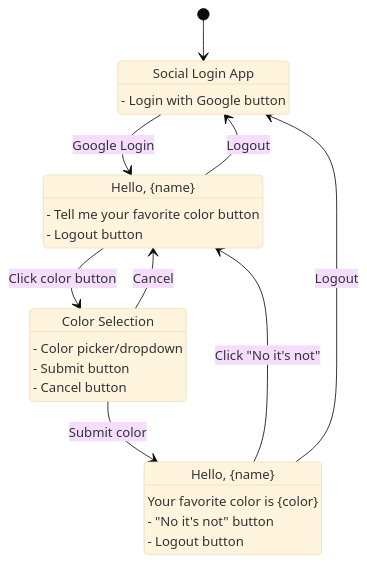
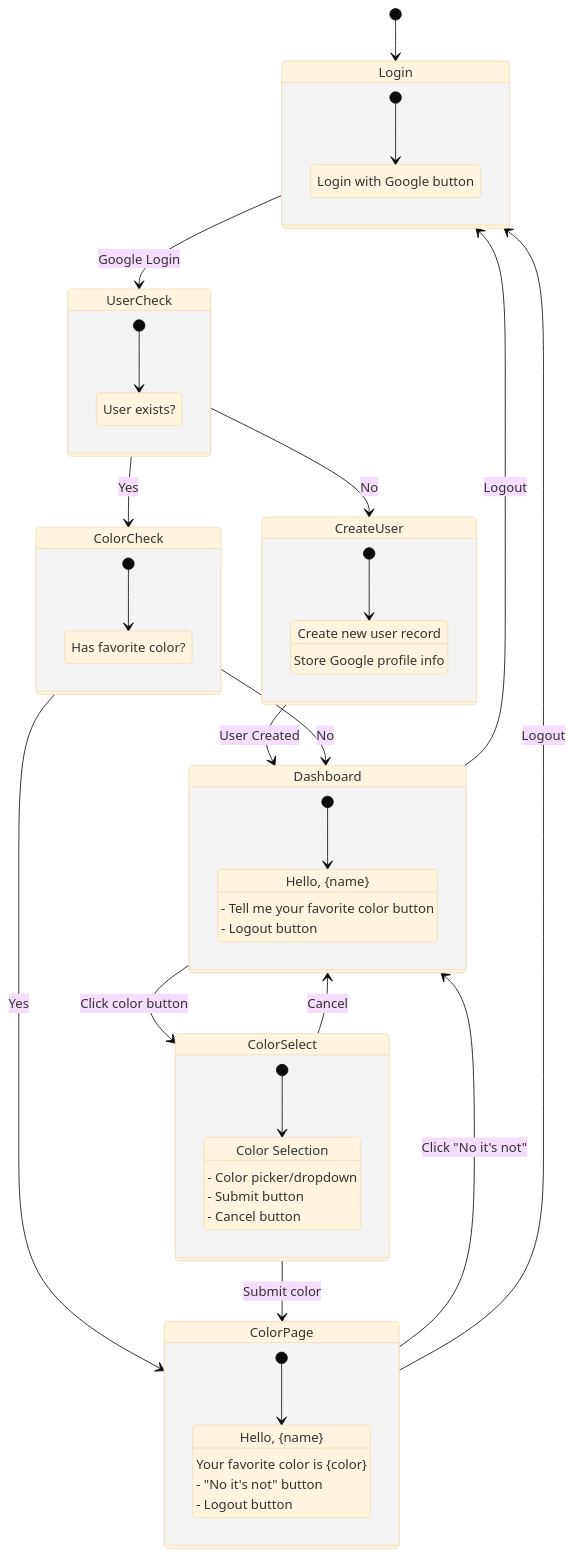
The diagram in documentation/app-flow.mermaid (ppeeler/social-login-app), drawn with Mermaid (base theme) before and after one commit. The commit also changed 7 other files, not shown here.

```diff
--- a/documentation/app-flow.mermaid
+++ b/documentation/app-flow.mermaid
@@ -1,27 +1,59 @@
 stateDiagram-v2
     [*] --> Login
-    Login: Social Login App
-    Login: - Login with Google button
-
-    Login --> Dashboard: Google Login
-    Dashboard: Hello, {name}
-    Dashboard: - Tell me your favorite color button
-    Dashboard: - Logout button
-
+    
+    state Login {
+        [*] --> GoogleButton
+        GoogleButton: Login with Google button
+    }
+    
+    state UserCheck {
+        [*] --> CheckExisting
+        CheckExisting: User exists?
+    }
+    
+    state ColorCheck {
+        [*] --> CheckColor
+        CheckColor: Has favorite color?
+    }
+    
+    state CreateUser {
+        [*] --> NewUser
+        NewUser: Create new user record
+        NewUser: Store Google profile info
+    }
+    
+    state Dashboard {
+        [*] --> Actions
+        Actions: Hello, {name}
+        Actions: - Tell me your favorite color button
+        Actions: - Logout button
+    }
+    
+    state ColorSelect {
+        [*] --> ColorOptions
+        ColorOptions: Color Selection
+        ColorOptions: - Color picker/dropdown
+        ColorOptions: - Submit button
+        ColorOptions: - Cancel button
+    }
+    
+    state ColorPage {
+        [*] --> ColorDisplay
+        ColorDisplay: Hello, {name}
+        ColorDisplay: Your favorite color is {color}
+        ColorDisplay: - "No it's not" button
+        ColorDisplay: - Logout button
+    }
+    
+    Login --> UserCheck: Google Login
+    UserCheck --> CreateUser: No
+    CreateUser --> Dashboard: User Created
+    UserCheck --> ColorCheck: Yes
+    ColorCheck --> Dashboard: No
+    ColorCheck --> ColorPage: Yes
     Dashboard --> ColorSelect: Click color button
-    ColorSelect: Color Selection
-    ColorSelect: - Color picker/dropdown
-    ColorSelect: - Submit button
-    ColorSelect: - Cancel button
-
     ColorSelect --> ColorPage: Submit color
     ColorSelect --> Dashboard: Cancel
-
-    ColorPage: Hello, {name}
-    ColorPage: Your favorite color is {color}
-    ColorPage: - "No it's not" button
-    ColorPage: - Logout button
-
     ColorPage --> Dashboard: Click "No it's not"
     ColorPage --> Login: Logout
     Dashboard --> Login: Logout
```
